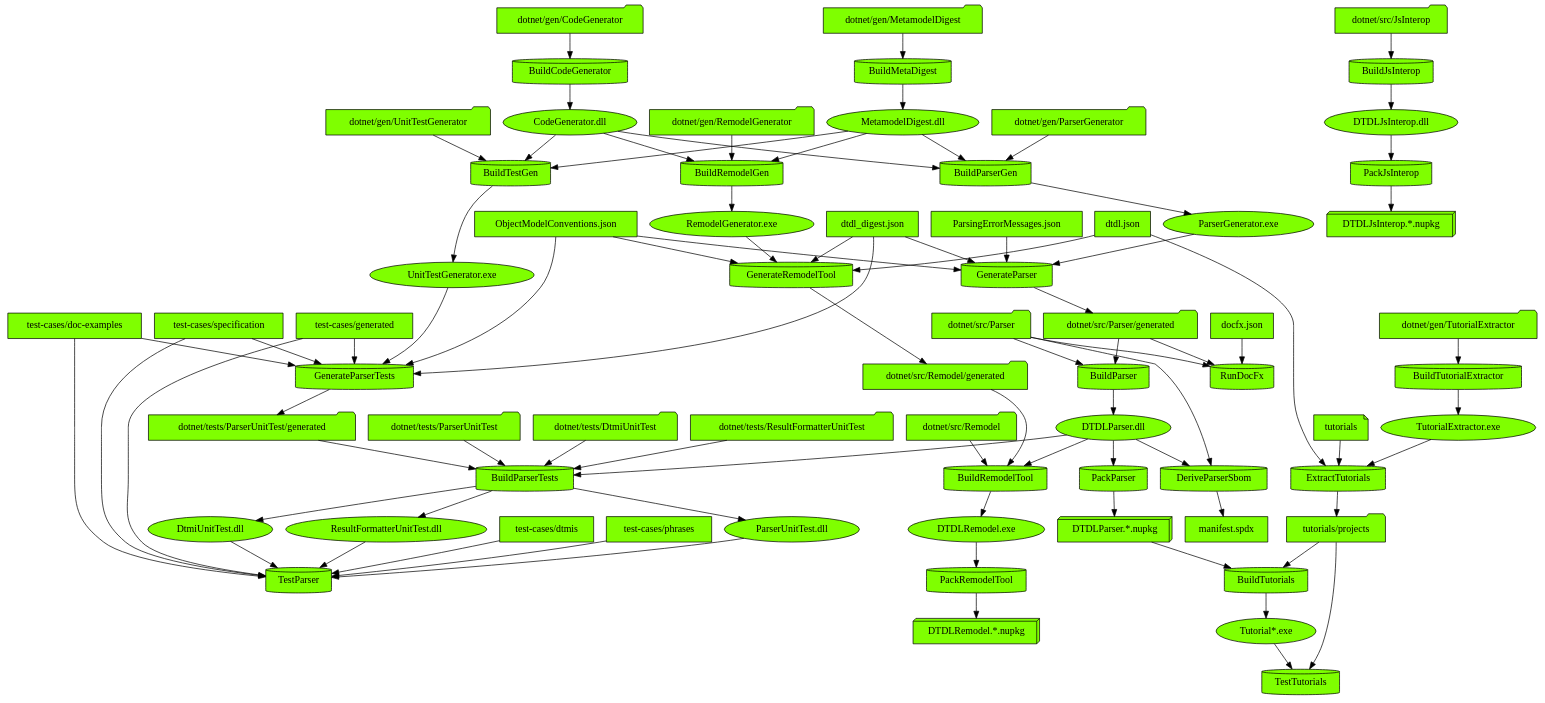
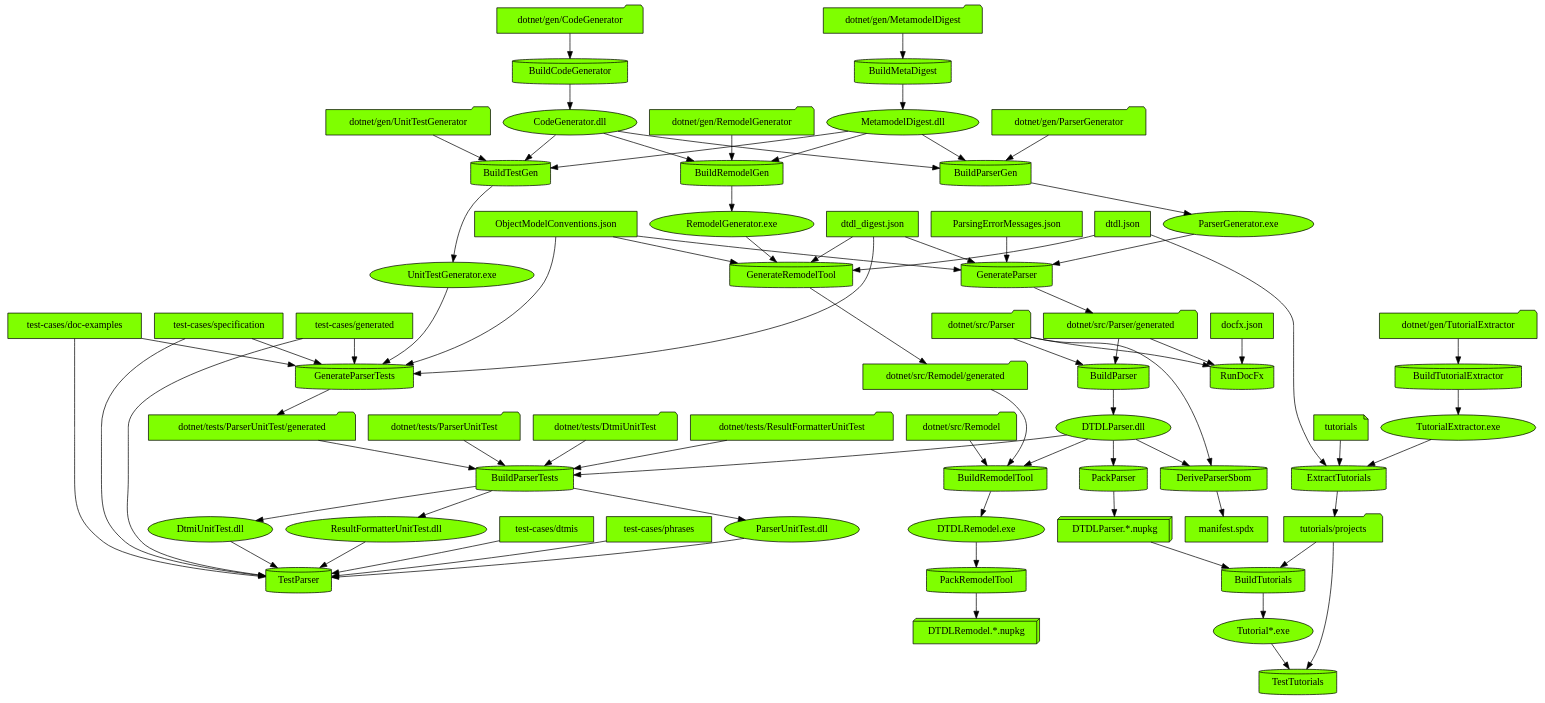
The diagram in images/input/generated/DevelopFlowDiagram.dot (digitaltwinconsortium/DTDLParser), drawn with Graphviz before and after one commit. The commit also changed 22 other files, not shown here.

Commit message:
Move JsInterop files to samples folder (#23)

```diff
--- a/images/input/generated/DevelopFlowDiagram.dot
+++ b/images/input/generated/DevelopFlowDiagram.dot
@@ -1,151 +1,142 @@
 digraph {
   {
     "BuildCodeGenerator" [shape=cylinder style=filled fillcolor=chartreuse]
-    "BuildJsInterop" [shape=cylinder style=filled fillcolor=chartreuse]
     "BuildMetaDigest" [shape=cylinder style=filled fillcolor=chartreuse]
     "BuildParser" [shape=cylinder style=filled fillcolor=chartreuse]
     "BuildParserGen" [shape=cylinder style=filled fillcolor=chartreuse]
     "BuildParserTests" [shape=cylinder style=filled fillcolor=chartreuse]
     "BuildRemodelGen" [shape=cylinder style=filled fillcolor=chartreuse]
     "BuildRemodelTool" [shape=cylinder style=filled fillcolor=chartreuse]
     "BuildTestGen" [shape=cylinder style=filled fillcolor=chartreuse]
     "BuildTutorialExtractor" [shape=cylinder style=filled fillcolor=chartreuse]
     "BuildTutorials" [shape=cylinder style=filled fillcolor=chartreuse]
     "DeriveParserSbom" [shape=cylinder style=filled fillcolor=chartreuse]
     "ExtractTutorials" [shape=cylinder style=filled fillcolor=chartreuse]
     "GenerateParser" [shape=cylinder style=filled fillcolor=chartreuse]
     "GenerateParserTests" [shape=cylinder style=filled fillcolor=chartreuse]
     "GenerateRemodelTool" [shape=cylinder style=filled fillcolor=chartreuse]
-    "PackJsInterop" [shape=cylinder style=filled fillcolor=chartreuse]
     "PackParser" [shape=cylinder style=filled fillcolor=chartreuse]
     "PackRemodelTool" [shape=cylinder style=filled fillcolor=chartreuse]
     "RunDocFx" [shape=cylinder style=filled fillcolor=chartreuse]
     "TestParser" [shape=cylinder style=filled fillcolor=chartreuse]
     "TestTutorials" [shape=cylinder style=filled fillcolor=chartreuse]
     "dotnet/gen/CodeGenerator" [shape=folder style=filled fillcolor=chartreuse]
     "CodeGenerator.dll" [shape=ellipse style=filled fillcolor=chartreuse]
-    "dotnet/src/JsInterop" [shape=folder style=filled fillcolor=chartreuse]
-    "DTDLJsInterop.dll" [shape=ellipse style=filled fillcolor=chartreuse]
     "dotnet/gen/MetamodelDigest" [shape=folder style=filled fillcolor=chartreuse]
     "MetamodelDigest.dll" [shape=ellipse style=filled fillcolor=chartreuse]
     "dotnet/src/Parser" [shape=folder style=filled fillcolor=chartreuse]
     "dotnet/src/Parser/generated" [shape=folder style=filled fillcolor=chartreuse]
     "DTDLParser.dll" [shape=ellipse style=filled fillcolor=chartreuse]
     "dotnet/gen/ParserGenerator" [shape=folder style=filled fillcolor=chartreuse]
     "ParserGenerator.exe" [shape=ellipse style=filled fillcolor=chartreuse]
     "dotnet/tests/DtmiUnitTest" [shape=folder style=filled fillcolor=chartreuse]
     "DtmiUnitTest.dll" [shape=ellipse style=filled fillcolor=chartreuse]
     "dotnet/tests/ResultFormatterUnitTest" [shape=folder style=filled fillcolor=chartreuse]
     "ResultFormatterUnitTest.dll" [shape=ellipse style=filled fillcolor=chartreuse]
     "dotnet/tests/ParserUnitTest" [shape=folder style=filled fillcolor=chartreuse]
     "dotnet/tests/ParserUnitTest/generated" [shape=folder style=filled fillcolor=chartreuse]
     "ParserUnitTest.dll" [shape=ellipse style=filled fillcolor=chartreuse]
     "dotnet/gen/RemodelGenerator" [shape=folder style=filled fillcolor=chartreuse]
     "RemodelGenerator.exe" [shape=ellipse style=filled fillcolor=chartreuse]
     "dotnet/src/Remodel" [shape=folder style=filled fillcolor=chartreuse]
     "dotnet/src/Remodel/generated" [shape=folder style=filled fillcolor=chartreuse]
     "DTDLRemodel.exe" [shape=ellipse style=filled fillcolor=chartreuse]
     "dotnet/gen/UnitTestGenerator" [shape=folder style=filled fillcolor=chartreuse]
     "UnitTestGenerator.exe" [shape=ellipse style=filled fillcolor=chartreuse]
     "dotnet/gen/TutorialExtractor" [shape=folder style=filled fillcolor=chartreuse]
     "TutorialExtractor.exe" [shape=ellipse style=filled fillcolor=chartreuse]
     "DTDLParser.*.nupkg" [shape=box3d style=filled fillcolor=chartreuse]
     "tutorials/projects" [shape=folder style=filled fillcolor=chartreuse]
     "Tutorial*.exe" [shape=ellipse style=filled fillcolor=chartreuse]
     "manifest.spdx" [shape=box style=filled fillcolor=chartreuse]
     "dtdl.json" [shape=box style=filled fillcolor=chartreuse]
     "tutorials" [shape=note style=filled fillcolor=chartreuse]
     "dtdl_digest.json" [shape=box style=filled fillcolor=chartreuse]
     "ObjectModelConventions.json" [shape=box style=filled fillcolor=chartreuse]
     "ParsingErrorMessages.json" [shape=box style=filled fillcolor=chartreuse]
     "test-cases/generated" [shape=box style=filled fillcolor=chartreuse]
     "test-cases/doc-examples" [shape=box style=filled fillcolor=chartreuse]
     "test-cases/specification" [shape=box style=filled fillcolor=chartreuse]
-    "DTDLJsInterop.*.nupkg" [shape=box3d style=filled fillcolor=chartreuse]
     "DTDLRemodel.*.nupkg" [shape=box3d style=filled fillcolor=chartreuse]
     "docfx.json" [shape=box style=filled fillcolor=chartreuse]
     "test-cases/dtmis" [shape=box style=filled fillcolor=chartreuse]
     "test-cases/phrases" [shape=box style=filled fillcolor=chartreuse]
   }
   "dotnet/gen/CodeGenerator" -> "BuildCodeGenerator"
   "BuildCodeGenerator" -> "CodeGenerator.dll"
-  "dotnet/src/JsInterop" -> "BuildJsInterop"
-  "BuildJsInterop" -> "DTDLJsInterop.dll"
   "dotnet/gen/MetamodelDigest" -> "BuildMetaDigest"
   "BuildMetaDigest" -> "MetamodelDigest.dll"
   "dotnet/src/Parser" -> "BuildParser"
   "dotnet/src/Parser/generated" -> "BuildParser"
   "BuildParser" -> "DTDLParser.dll"
   "dotnet/gen/ParserGenerator" -> "BuildParserGen"
   "MetamodelDigest.dll" -> "BuildParserGen"
   "CodeGenerator.dll" -> "BuildParserGen"
   "BuildParserGen" -> "ParserGenerator.exe"
   "dotnet/tests/DtmiUnitTest" -> "BuildParserTests"
   "BuildParserTests" -> "DtmiUnitTest.dll"
   "dotnet/tests/ResultFormatterUnitTest" -> "BuildParserTests"
   "BuildParserTests" -> "ResultFormatterUnitTest.dll"
   "dotnet/tests/ParserUnitTest" -> "BuildParserTests"
   "dotnet/tests/ParserUnitTest/generated" -> "BuildParserTests"
   "DTDLParser.dll" -> "BuildParserTests"
   "BuildParserTests" -> "ParserUnitTest.dll"
   "dotnet/gen/RemodelGenerator" -> "BuildRemodelGen"
   "MetamodelDigest.dll" -> "BuildRemodelGen"
   "CodeGenerator.dll" -> "BuildRemodelGen"
   "BuildRemodelGen" -> "RemodelGenerator.exe"
   "dotnet/src/Remodel" -> "BuildRemodelTool"
   "dotnet/src/Remodel/generated" -> "BuildRemodelTool"
   "DTDLParser.dll" -> "BuildRemodelTool"
   "BuildRemodelTool" -> "DTDLRemodel.exe"
   "dotnet/gen/UnitTestGenerator" -> "BuildTestGen"
   "MetamodelDigest.dll" -> "BuildTestGen"
   "CodeGenerator.dll" -> "BuildTestGen"
   "BuildTestGen" -> "UnitTestGenerator.exe"
   "dotnet/gen/TutorialExtractor" -> "BuildTutorialExtractor"
   "BuildTutorialExtractor" -> "TutorialExtractor.exe"
   "DTDLParser.*.nupkg" -> "BuildTutorials"
   "tutorials/projects" -> "BuildTutorials"
   "BuildTutorials" -> "Tutorial*.exe"
   "DTDLParser.dll" -> "DeriveParserSbom"
   "dotnet/src/Parser" -> "DeriveParserSbom"
   "DeriveParserSbom" -> "manifest.spdx"
   "TutorialExtractor.exe" -> "ExtractTutorials"
   "dtdl.json" -> "ExtractTutorials"
   "tutorials" -> "ExtractTutorials"
   "ExtractTutorials" -> "tutorials/projects"
   "ParserGenerator.exe" -> "GenerateParser"
   "dtdl_digest.json" -> "GenerateParser"
   "ObjectModelConventions.json" -> "GenerateParser"
   "ParsingErrorMessages.json" -> "GenerateParser"
   "GenerateParser" -> "dotnet/src/Parser/generated"
   "UnitTestGenerator.exe" -> "GenerateParserTests"
   "dtdl_digest.json" -> "GenerateParserTests"
   "ObjectModelConventions.json" -> "GenerateParserTests"
   "test-cases/generated" -> "GenerateParserTests"
   "test-cases/doc-examples" -> "GenerateParserTests"
   "test-cases/specification" -> "GenerateParserTests"
   "GenerateParserTests" -> "dotnet/tests/ParserUnitTest/generated"
   "RemodelGenerator.exe" -> "GenerateRemodelTool"
   "dtdl.json" -> "GenerateRemodelTool"
   "dtdl_digest.json" -> "GenerateRemodelTool"
   "ObjectModelConventions.json" -> "GenerateRemodelTool"
   "GenerateRemodelTool" -> "dotnet/src/Remodel/generated"
-  "DTDLJsInterop.dll" -> "PackJsInterop"
-  "PackJsInterop" -> "DTDLJsInterop.*.nupkg"
   "DTDLParser.dll" -> "PackParser"
   "PackParser" -> "DTDLParser.*.nupkg"
   "DTDLRemodel.exe" -> "PackRemodelTool"
   "PackRemodelTool" -> "DTDLRemodel.*.nupkg"
   "dotnet/src/Parser" -> "RunDocFx"
   "dotnet/src/Parser/generated" -> "RunDocFx"
   "docfx.json" -> "RunDocFx"
   "DtmiUnitTest.dll" -> "TestParser"
   "test-cases/dtmis" -> "TestParser"
   "ResultFormatterUnitTest.dll" -> "TestParser"
   "test-cases/phrases" -> "TestParser"
   "ParserUnitTest.dll" -> "TestParser"
   "test-cases/generated" -> "TestParser"
   "test-cases/doc-examples" -> "TestParser"
   "test-cases/specification" -> "TestParser"
   "Tutorial*.exe" -> "TestTutorials"
   "tutorials/projects" -> "TestTutorials"
 }
```
